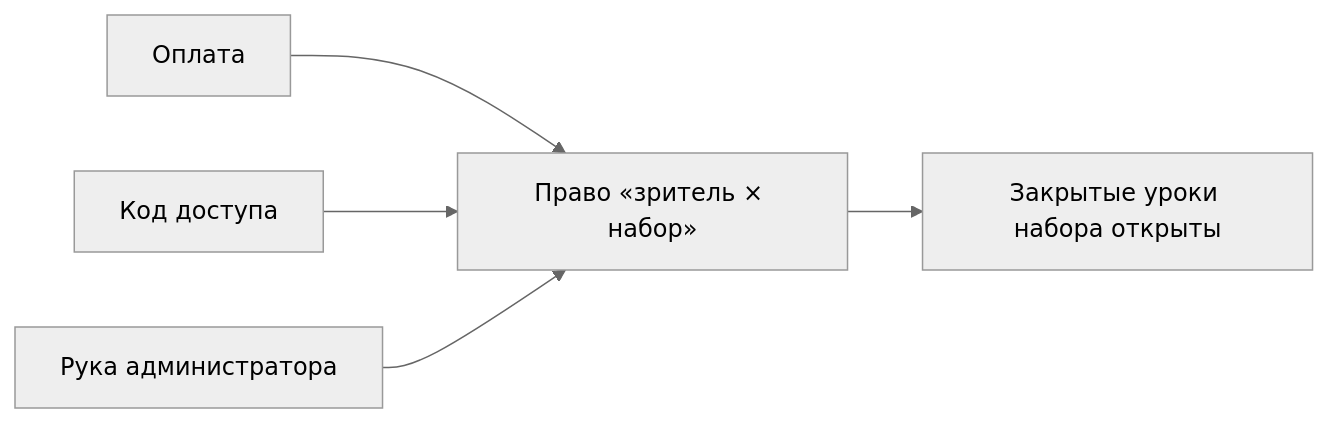
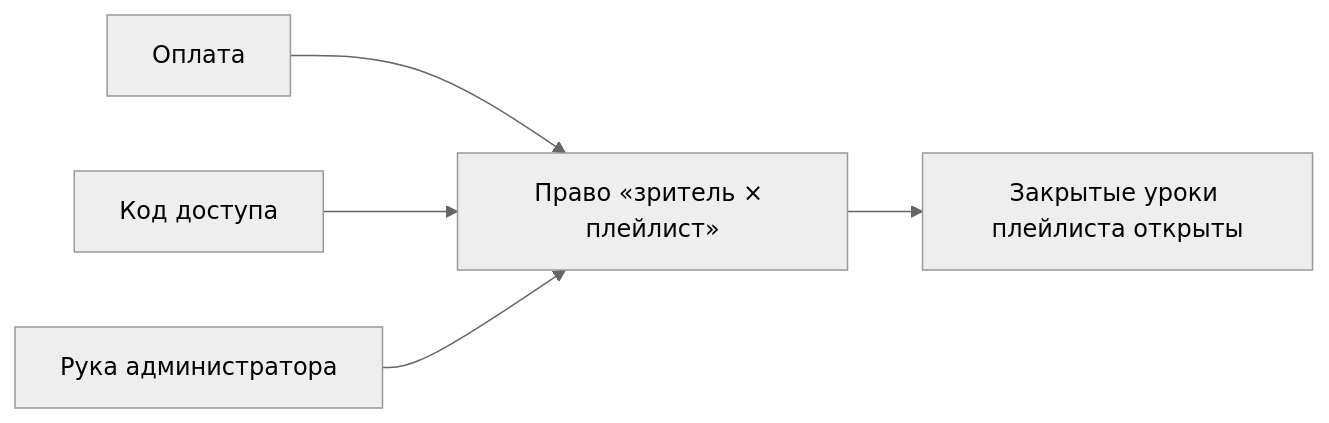
One commit to Vovanda/WebHolyGrail changed the seventh of 7 diagrams in docs/whg/39-video.md. Above: the diagram before and after it, drawn with Mermaid (neutral theme). The commit also changed other lines of this file and 87 other files, not shown here.

````diff
--- a/docs/whg/39-video.md
+++ b/docs/whg/39-video.md
@@ -281,7 +281,7 @@
 ```mermaid
 flowchart LR
-    payment["Оплата"] --> grant["Право «зритель × набор»"]
+    payment["Оплата"] --> grant["Право «зритель × плейлист»"]
     code["Код доступа"] --> grant
     hand["Рука администратора"] --> grant
-    grant --> open["Закрытые уроки набора открыты"]
+    grant --> open["Закрытые уроки плейлиста открыты"]
 ```
````
